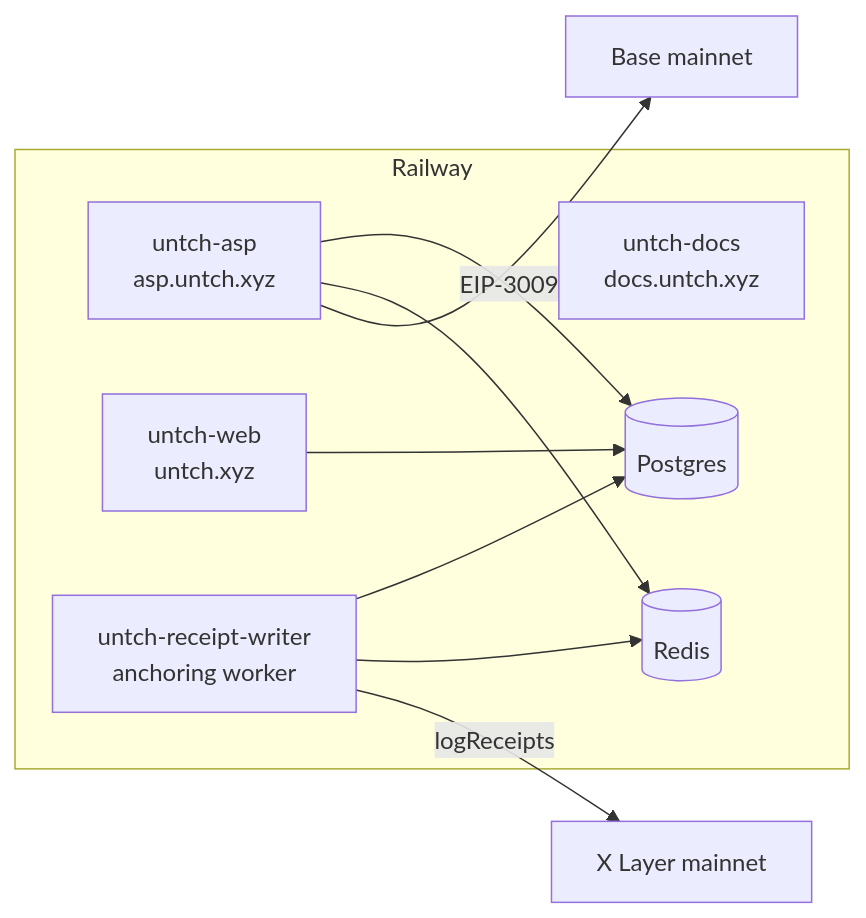
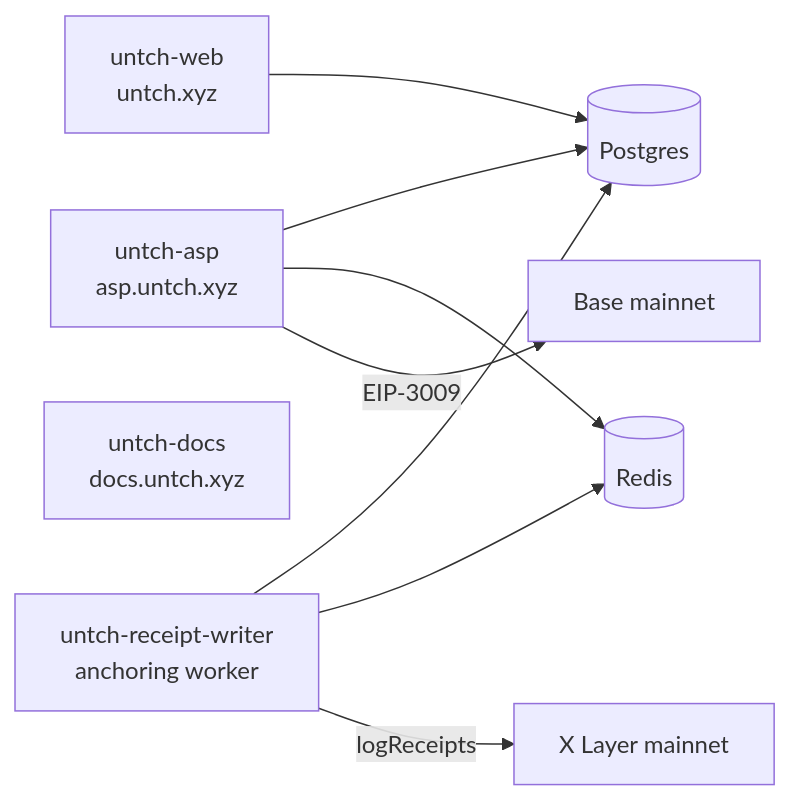
One commit to winsznx/untch changed the third of 3 diagrams in README.md. Above: the diagram before and after it, drawn with Mermaid. The commit also changed other lines of this file, not shown here.

First line of the commit message:
fix(readme): follow the reference diagram style — no subgraphs, flat LR

````diff
--- a/README.md
+++ b/README.md
@@ -531,19 +526,11 @@
 ```mermaid
 flowchart LR
-    subgraph RW["Railway"]
-        ASP["untch-asp<br/>asp.untch.xyz"]
-        WEB["untch-web<br/>untch.xyz"]
-        DOCS["untch-docs<br/>docs.untch.xyz"]
-        WORKER["untch-receipt-writer<br/>anchoring worker"]
-        PG[("Postgres")]
-        RD[("Redis")]
-    end
-
-    ASP --> PG
-    ASP --> RD
-    WEB --> PG
-    WORKER --> PG
-    WORKER --> RD
-    WORKER -->|logReceipts| XL["X Layer mainnet"]
-    ASP -->|EIP-3009| BASE["Base mainnet"]
+    ASP["untch-asp<br/>asp.untch.xyz"] --> Postgres[("Postgres")]
+    ASP --> Redis[("Redis")]
+    ASP -->|EIP-3009| Base["Base mainnet"]
+    Web["untch-web<br/>untch.xyz"] --> Postgres
+    Docs["untch-docs<br/>docs.untch.xyz"]
+    Worker["untch-receipt-writer<br/>anchoring worker"] --> Postgres
+    Worker --> Redis
+    Worker -->|logReceipts| XLayer["X Layer mainnet"]
 ```
````
